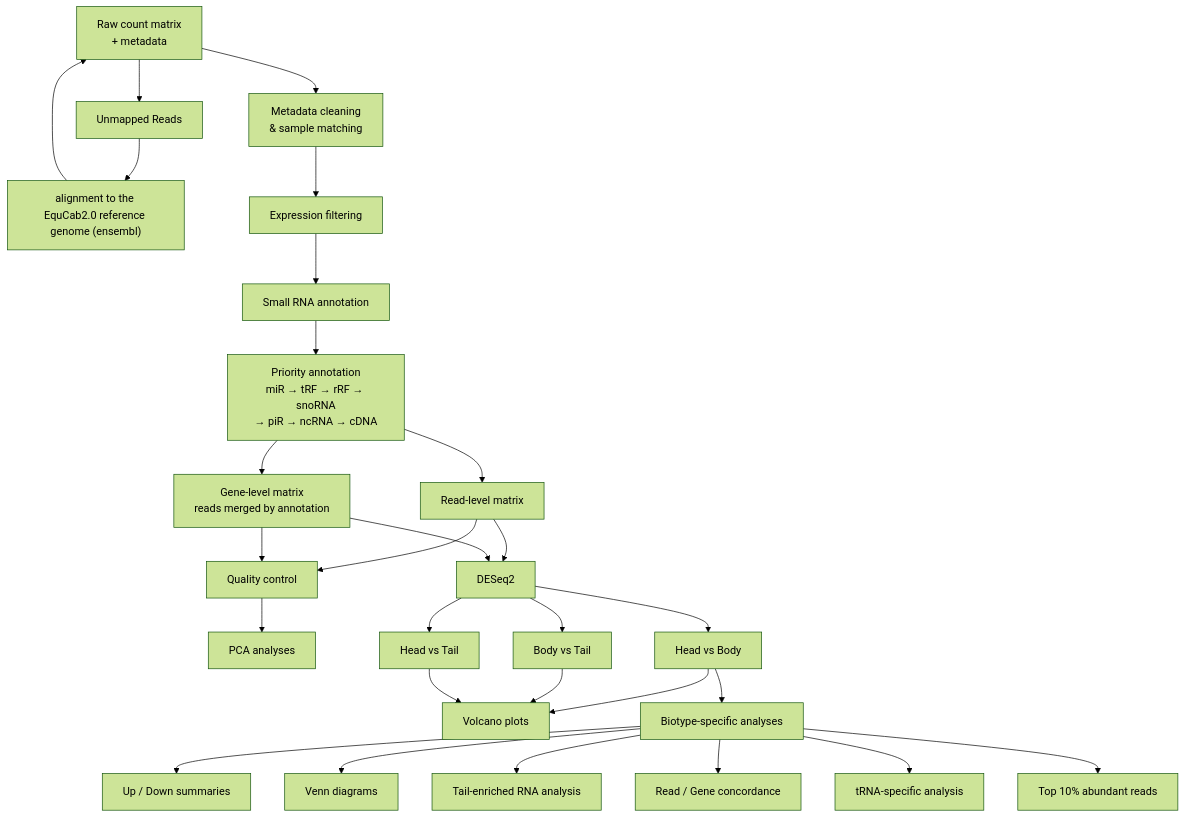
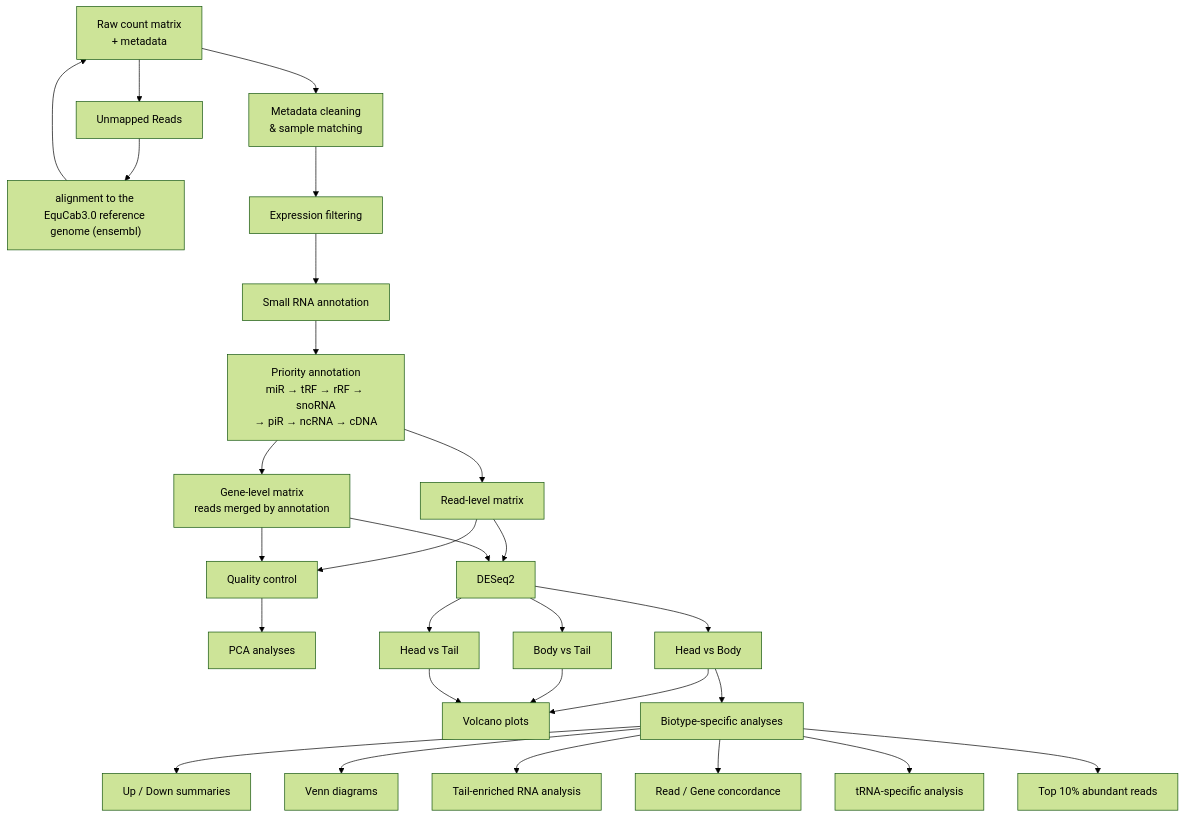
Before and after one commit to YounsElmny/smallRNA-pipeline: the diagram in README.md, drawn with Mermaid (forest theme).

Commit message:
Change reference genome in flowchart to EquCab3.0
Updated the reference genome in the flowchart from EquCab2.0 to EquCab3.0.

````diff
--- a/README.md
+++ b/README.md
@@ -31,40 +31,40 @@
 ```mermaid
 flowchart TD
     A["Raw count matrix<br/>+ metadata"] --> B["Metadata cleaning<br/>& sample matching"]
     A --> uReads["Unmapped Reads"]
 
-    uReads --> mapping["alignment to the EquCab2.0 reference genome (ensembl)"]
+    uReads --> mapping["alignment to the EquCab3.0 reference genome (ensembl)"]
     mapping --> A
 
     B --> C["Expression filtering"]
     C --> D["Small RNA annotation"]
 
     D --> E["Priority annotation<br/>miR → tRF → rRF → snoRNA<br/>→ piR → ncRNA → cDNA"]
 
     E --> F["Read-level matrix"]
     E --> G["Gene-level matrix<br/>reads merged by annotation"]
 
     F --> H["Quality control"]
     F --> J["DESeq2"]
     G --> J
     G --> H
 
 
     H --> I["PCA analyses"]
 
     J --> K["Head vs Body"]
     J --> L["Body vs Tail"]
     J --> M["Head vs Tail"]
 
     K --> N["Volcano plots"]
     L --> N
     M --> N
 
     K --> O["Biotype-specific analyses"]
     O --> P["Up / Down summaries"]
     O --> Q["Venn diagrams"]
     O --> S["Tail-enriched RNA analysis"]
     O --> T["Read / Gene concordance"]
     O --> U["tRNA-specific analysis"]
     O --> V["Top 10% abundant reads"]
 ```
````
